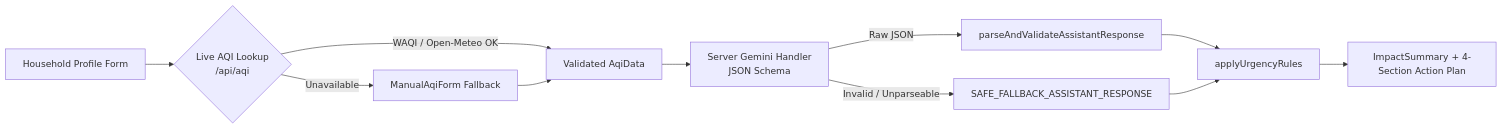
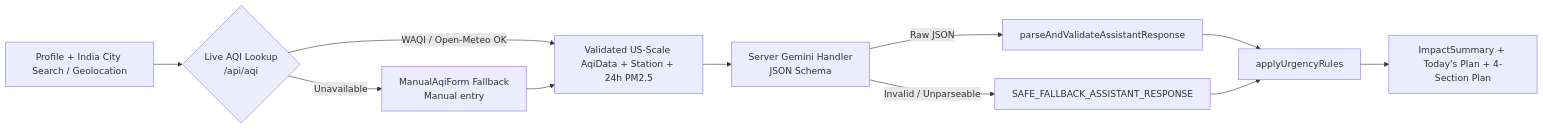
The diagram in README.md (Abhinay2244/urban-air-quality-assistant), drawn with Mermaid before and after one commit. The commit also changed other lines of this file and 67 other files, not shown here.

First line of the commit message:
feat: update user profile types and refine AQI guidance

````diff
--- a/README.md
+++ b/README.md
@@ -16,13 +16,13 @@
 ```mermaid
 flowchart LR
-  A[Household Profile Form] --> B{Live AQI Lookup<br/>/api/aqi}
-  B -->|WAQI / Open-Meteo OK| D[Validated AqiData]
-  B -->|Unavailable| C[ManualAqiForm Fallback]
+  A[Profile + India City Search / Geolocation] --> B{Live AQI Lookup<br/>/api/aqi}
+  B -->|WAQI / Open-Meteo OK| D[Validated US-Scale AqiData + Station + 24h PM2.5]
+  B -->|Unavailable| C[ManualAqiForm Fallback<br/>Manual entry]
   C --> D
   D --> E[Server Gemini Handler<br/>JSON Schema]
   E -->|Raw JSON| F[parseAndValidateAssistantResponse]
   E -->|Invalid / Unparseable| G[SAFE_FALLBACK_ASSISTANT_RESPONSE]
   F --> H[applyUrgencyRules]
   G --> H
-  H --> I[ImpactSummary + 4-Section Action Plan]
+  H --> I[ImpactSummary + Today's Plan + 4-Section Plan]
 ```
````
